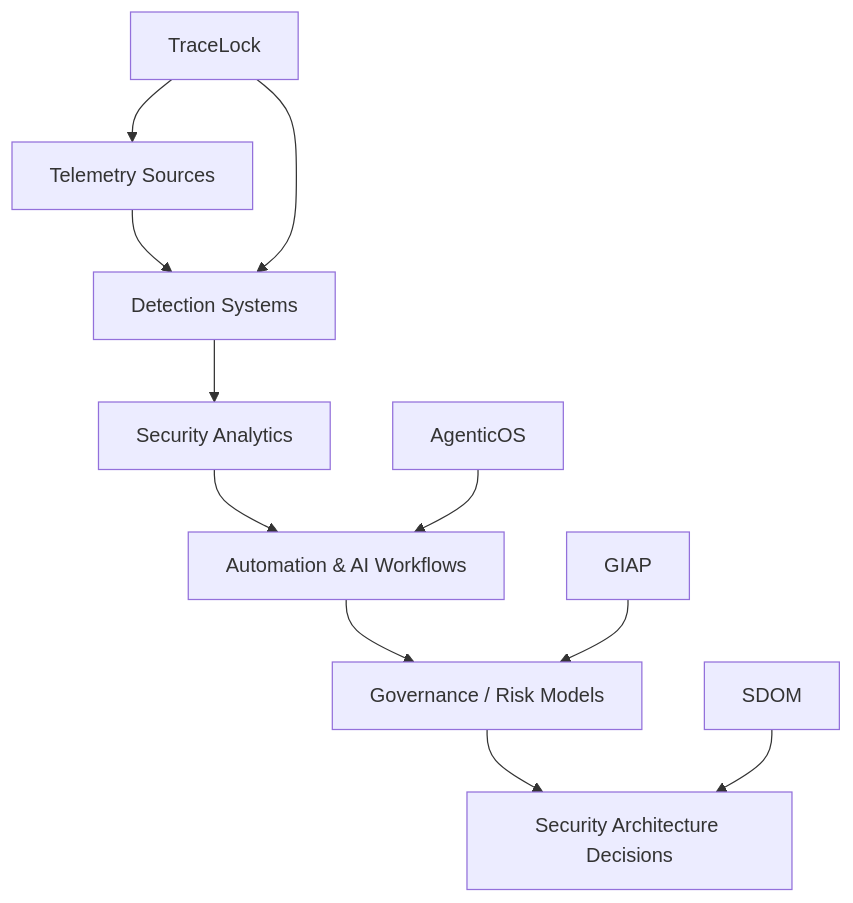
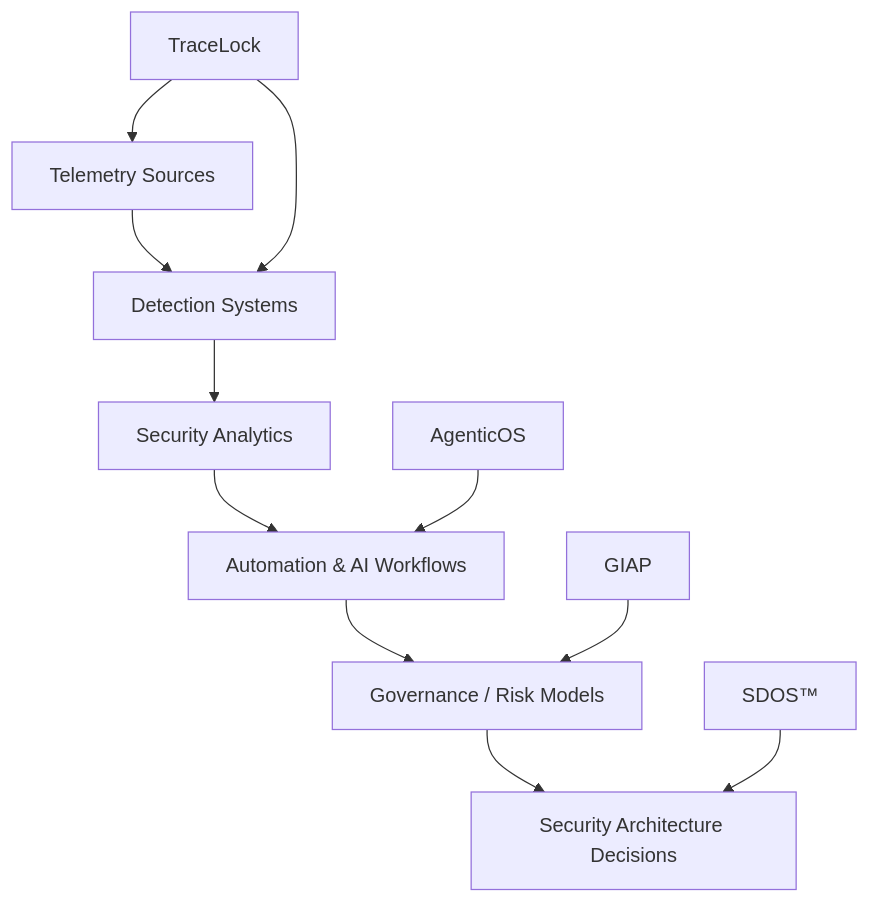
One commit to Pharns/portfolio changed the diagram in docs/cybersecurity/security-architecture-system-map.md. Above: the diagram before and after it, drawn with Mermaid. The commit also changed other lines of this file and 17 other files, not shown here.

````diff
--- a/docs/cybersecurity/security-architecture-system-map.md
+++ b/docs/cybersecurity/security-architecture-system-map.md
@@ -17,22 +17,22 @@
 ```mermaid
 flowchart TD
     T["Telemetry Sources"]
     D["Detection Systems"]
     A["Security Analytics"]
     O["Automation & AI Workflows"]
     G["Governance / Risk Models"]
     S["Security Architecture Decisions"]
 
     TL["TraceLock"]
     GIAP["GIAP"]
     AOS["AgenticOS"]
-    SDOM["SDOM"]
+    SDOS_D["SDOS™"]
 
     T --> D --> A --> O --> G --> S
 
     TL --> T
     TL --> D
     AOS --> O
     GIAP --> G
-    SDOM --> S
+    SDOS_D --> S
 ```
````
